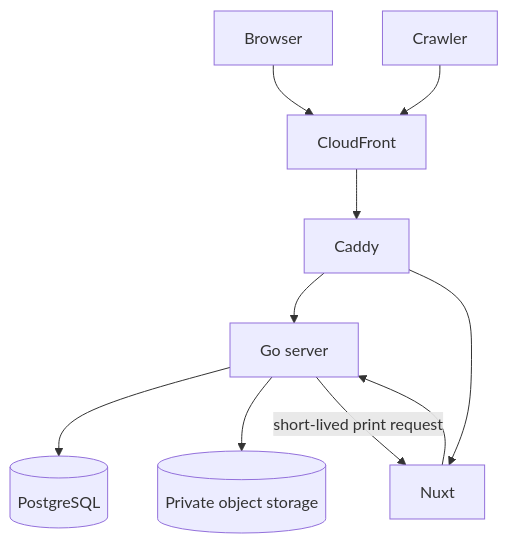
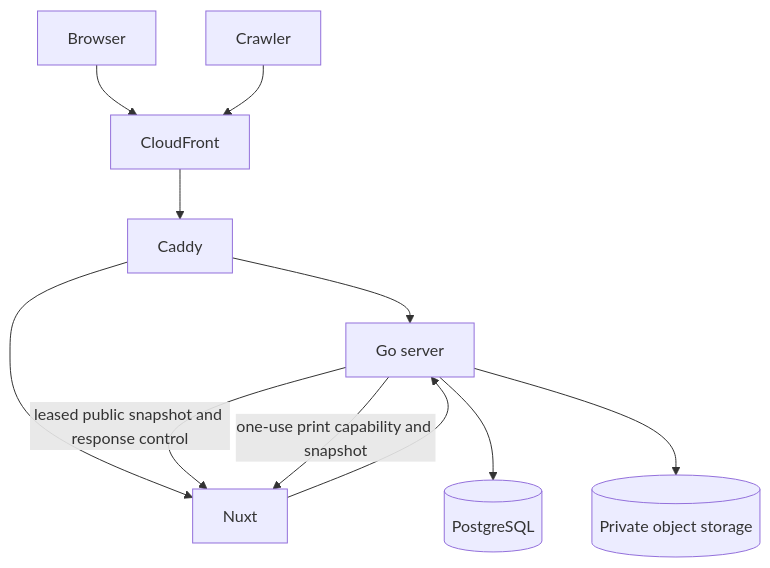
Before and after one commit to dannyota/aboutme: the diagram in docs/design/system.md, drawn with Mermaid. The commit also changed other lines of this file and 71 other files, not shown here.

````diff
--- a/docs/design/system.md
+++ b/docs/design/system.md
@@ -17,12 +17,13 @@
 ```mermaid
 graph TD
     U[Browser] --> CF[CloudFront]
     R[Crawler] --> CF
     CF --> CA[Caddy]
     CA --> GO[Go server]
     CA --> NX[Nuxt]
+    GO -->|leased public snapshot and response control| NX
     NX --> GO
     GO --> PG[(PostgreSQL)]
     GO --> OS[(Private object storage)]
-    GO -->|short-lived print request| NX
+    GO -->|one-use print capability and snapshot| NX
 ```
````
